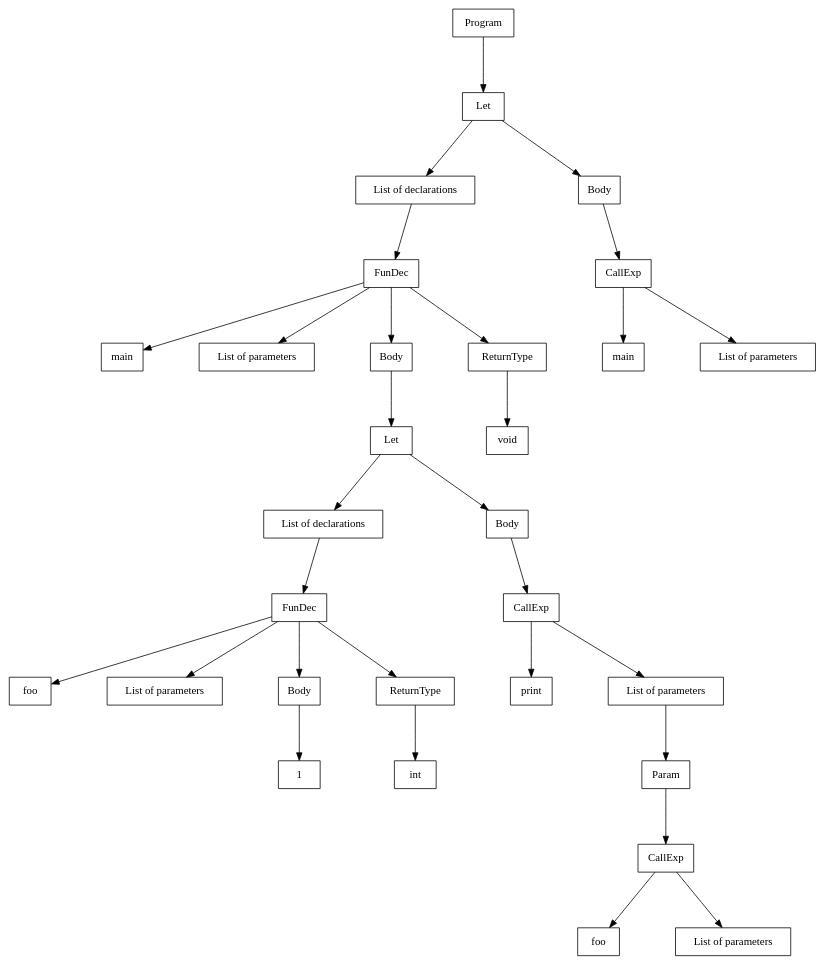
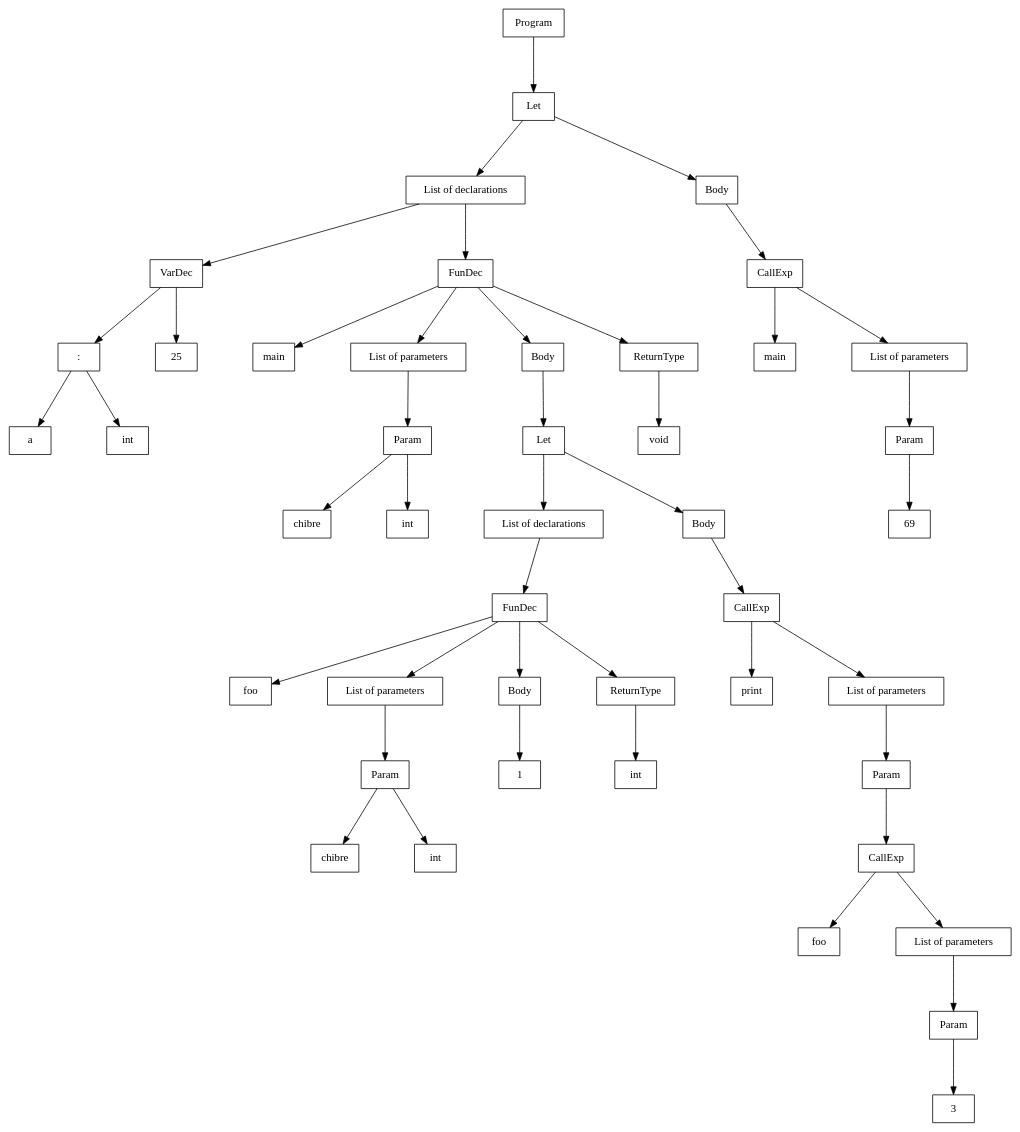
One commit to BigBaz54/Tiger_compiler changed the diagram in out/tree.dot. Above: the diagram before and after it, drawn with Graphviz. The commit also changed 4 other files, not shown here.

```diff
--- a/out/tree.dot
+++ b/out/tree.dot
@@ -1,66 +1,96 @@
 digraph "ast"{
 
 	nodesep=1;
 	ranksep=1;
 
 	N1 [label="Let", shape="box"];
 	N2 [label="List of declarations", shape="box"];
-	N3 [label="FunDec", shape="box"];
-	N4 [label="main", shape="box"];
-	N5 [label="List of parameters", shape="box"];
-	N6 [label="Body", shape="box"];
-	N7 [label="Let", shape="box"];
-	N8 [label="List of declarations", shape="box"];
-	N9 [label="FunDec", shape="box"];
-	N10 [label="foo", shape="box"];
-	N11 [label="List of parameters", shape="box"];
-	N12 [label="Body", shape="box"];
-	N13 [label="1", shape="box"];
-	N14 [label="ReturnType", shape="box"];
-	N15 [label="int", shape="box"];
-	N16 [label="Body", shape="box"];
-	N17 [label="CallExp", shape="box"];
-	N18 [label="print", shape="box"];
+	N3 [label="VarDec", shape="box"];
+	N4 [label=":", shape="box"];
+	N5 [label="a", shape="box"];
+	N6 [label="int", shape="box"];
+	N7 [label="25", shape="box"];
+	N8 [label="FunDec", shape="box"];
+	N9 [label="main", shape="box"];
+	N10 [label="List of parameters", shape="box"];
+	N11 [label="chibre", shape="box"];
+	N12 [label="int", shape="box"];
+	N13 [label="Param", shape="box"];
+	N14 [label="Body", shape="box"];
+	N15 [label="Let", shape="box"];
+	N16 [label="List of declarations", shape="box"];
+	N17 [label="FunDec", shape="box"];
+	N18 [label="foo", shape="box"];
 	N19 [label="List of parameters", shape="box"];
-	N20 [label="CallExp", shape="box"];
-	N21 [label="foo", shape="box"];
-	N22 [label="List of parameters", shape="box"];
-	N23 [label="Param", shape="box"];
-	N24 [label="ReturnType", shape="box"];
-	N25 [label="void", shape="box"];
-	N26 [label="Body", shape="box"];
-	N27 [label="CallExp", shape="box"];
-	N28 [label="main", shape="box"];
-	N29 [label="List of parameters", shape="box"];
+	N20 [label="chibre", shape="box"];
+	N21 [label="int", shape="box"];
+	N22 [label="Param", shape="box"];
+	N23 [label="Body", shape="box"];
+	N24 [label="1", shape="box"];
+	N25 [label="ReturnType", shape="box"];
+	N26 [label="int", shape="box"];
+	N27 [label="Body", shape="box"];
+	N28 [label="CallExp", shape="box"];
+	N29 [label="print", shape="box"];
+	N30 [label="List of parameters", shape="box"];
+	N31 [label="CallExp", shape="box"];
+	N32 [label="foo", shape="box"];
+	N33 [label="List of parameters", shape="box"];
+	N34 [label="3", shape="box"];
+	N35 [label="Param", shape="box"];
+	N36 [label="Param", shape="box"];
+	N37 [label="ReturnType", shape="box"];
+	N38 [label="void", shape="box"];
+	N39 [label="Body", shape="box"];
+	N40 [label="CallExp", shape="box"];
+	N41 [label="main", shape="box"];
+	N42 [label="List of parameters", shape="box"];
+	N43 [label="69", shape="box"];
+	N44 [label="Param", shape="box"];
 	N0 [label="Program", shape="box"];
 
 	N1 -> N2; 
-	N7 -> N8; 
-	N9 -> N10; 
-	N9 -> N11; 
-	N9 -> N12; 
-	N12 -> N13; 
-	N9 -> N14; 
+	N4 -> N5; 
+	N4 -> N6; 
+	N3 -> N4; 
+	N3 -> N7; 
+	N2 -> N3; 
+	N13 -> N11; 
+	N13 -> N12; 
+	N10 -> N13; 
+	N15 -> N16; 
+	N22 -> N20; 
+	N22 -> N21; 
+	N19 -> N22; 
+	N17 -> N18; 
+	N17 -> N19; 
+	N17 -> N23; 
+	N23 -> N24; 
+	N17 -> N25; 
+	N25 -> N26; 
+	N16 -> N17; 
+	N15 -> N27; 
+	N28 -> N29; 
+	N31 -> N32; 
+	N35 -> N34; 
+	N33 -> N35; 
+	N31 -> N33; 
+	N36 -> N31; 
+	N30 -> N36; 
+	N28 -> N30; 
+	N27 -> N28; 
+	N8 -> N9; 
+	N8 -> N10; 
+	N8 -> N14; 
 	N14 -> N15; 
-	N8 -> N9; 
-	N7 -> N16; 
-	N17 -> N18; 
-	N20 -> N21; 
-	N20 -> N22; 
-	N23 -> N20; 
-	N19 -> N23; 
-	N17 -> N19; 
-	N16 -> N17; 
-	N3 -> N4; 
-	N3 -> N5; 
-	N3 -> N6; 
-	N6 -> N7; 
-	N3 -> N24; 
-	N24 -> N25; 
-	N2 -> N3; 
-	N1 -> N26; 
-	N27 -> N28; 
-	N27 -> N29; 
-	N26 -> N27; 
+	N8 -> N37; 
+	N37 -> N38; 
+	N2 -> N8; 
+	N1 -> N39; 
+	N40 -> N41; 
+	N44 -> N43; 
+	N42 -> N44; 
+	N40 -> N42; 
+	N39 -> N40; 
 	N0 -> N1; 
 }
```
